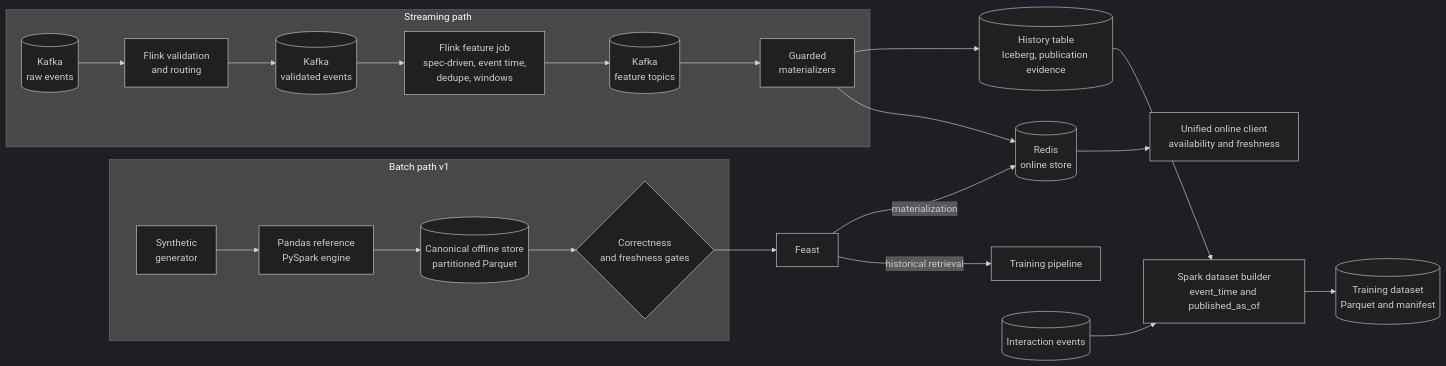
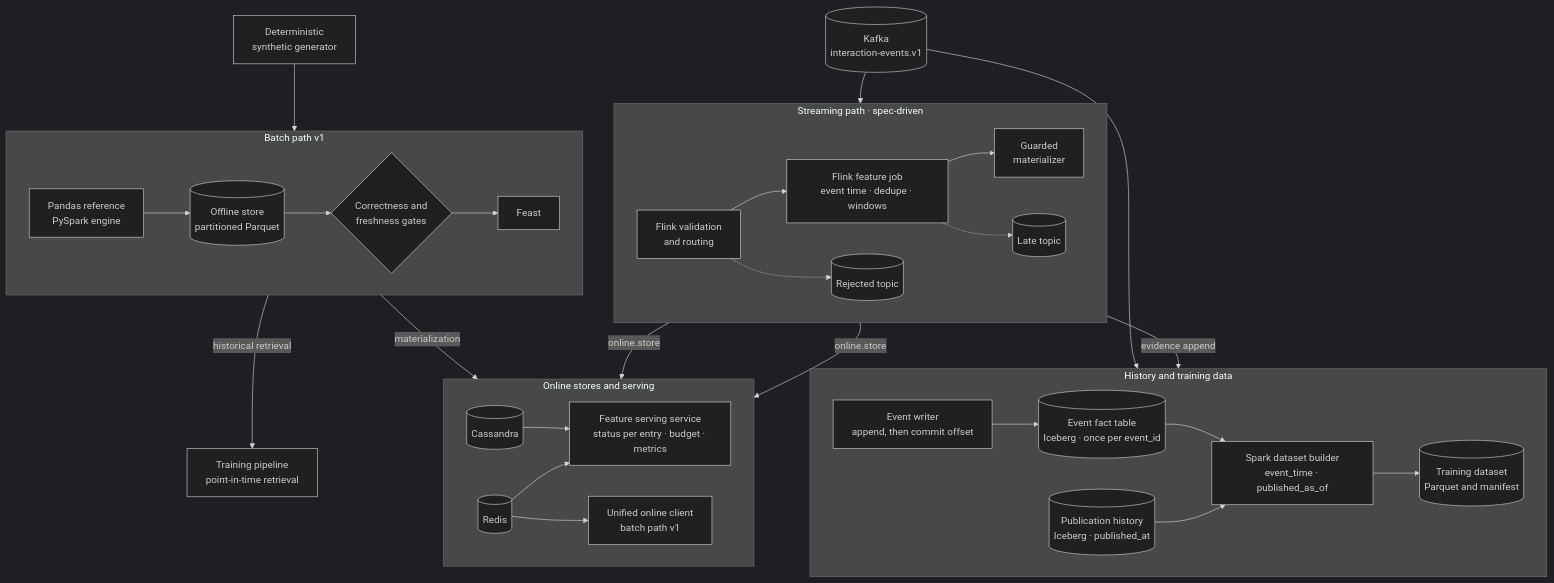
One commit to oster-dev/featureforge changed the first of 12 diagrams in ARCHITECTURE.md. Above: the diagram before and after it, drawn with Mermaid (dark theme). The commit also changed other lines of this file and 20 other files, not shown here.

````diff
--- a/ARCHITECTURE.md
+++ b/ARCHITECTURE.md
@@ -18,26 +33,48 @@
 ```mermaid
-flowchart LR
-    subgraph Batch["Batch path v1"]
-        GEN[Synthetic<br/>generator] --> REF[Pandas reference<br/>PySpark engine]
-        REF --> OFF[(Canonical offline store<br/>partitioned Parquet)]
-        OFF --> GATE{Correctness<br/>and freshness gates}
+flowchart TB
+    GEN[Deterministic<br/>synthetic generator]
+    EV[(Kafka<br/>interaction-events.v1)]
+
+    subgraph Stream["Streaming path · spec-driven"]
+        direction LR
+        VAL[Flink validation<br/>and routing] --> FJ[Flink feature job<br/>event time · dedupe · windows] --> MAT[Guarded<br/>materializer]
+        VAL -.-> REJ[(Rejected topic)]
+        FJ -.-> LATE[(Late topic)]
     end
 
-    subgraph Stream["Streaming path"]
-        K0[(Kafka<br/>raw events)] --> VAL[Flink validation<br/>and routing]
-        VAL --> K1[(Kafka<br/>validated events)]
-        K1 --> FJ[Flink feature job<br/>spec-driven, event time,<br/>dedupe, windows]
-        FJ --> K2[(Kafka<br/>feature topics)]
-        K2 --> MAT[Guarded<br/>materializers]
+    subgraph Batch["Batch path v1"]
+        direction LR
+        PD[Pandas reference<br/>PySpark engine] --> OFF[(Offline store<br/>partitioned Parquet)] --> GATE{Correctness and<br/>freshness gates} --> FEAST[Feast]
     end
 
-    GATE --> FEAST[Feast]
-    FEAST -->|historical retrieval| TRAIN[Training pipeline]
-    FEAST -->|materialization| REDIS[(Redis<br/>online store)]
-    MAT --> REDIS
-    MAT --> HIST[(History table<br/>Iceberg, publication evidence)]
-    EV[(Interaction events)] --> DS[Spark dataset builder<br/>event_time and published_as_of]
-    HIST --> DS
-    DS --> DSOUT[(Training dataset<br/>Parquet and manifest)]
-    REDIS --> CLIENT[Unified online client<br/>availability and freshness]
+    subgraph Online["Online stores and serving"]
+        direction LR
+        REDIS[(Redis)]
+        CASS[(Cassandra)]
+        SVC[Feature serving service<br/>status per entry · budget · metrics]
+        API[Unified online client<br/>batch path v1]
+        REDIS --> SVC
+        CASS --> SVC
+        REDIS --> API
+    end
+
+    subgraph Train["History and training data"]
+        direction LR
+        WRITER[Event writer<br/>append, then commit offset] --> FACT[(Event fact table<br/>Iceberg · once per event_id)]
+        HIST[(Publication history<br/>Iceberg · published_at)]
+        DS[Spark dataset builder<br/>event_time · published_as_of]
+        DSOUT[(Training dataset<br/>Parquet and manifest)]
+        FACT --> DS
+        HIST --> DS
+        DS --> DSOUT
+    end
+
+    GEN --> PD
+    EV --> VAL
+    EV --> WRITER
+    MAT -->|online.store| REDIS
+    MAT -->|online.store| CASS
+    MAT -->|evidence append| HIST
+    FEAST -->|materialization| REDIS
+    FEAST -->|historical retrieval| TP[Training pipeline<br/>point-in-time retrieval]
 ```
````
